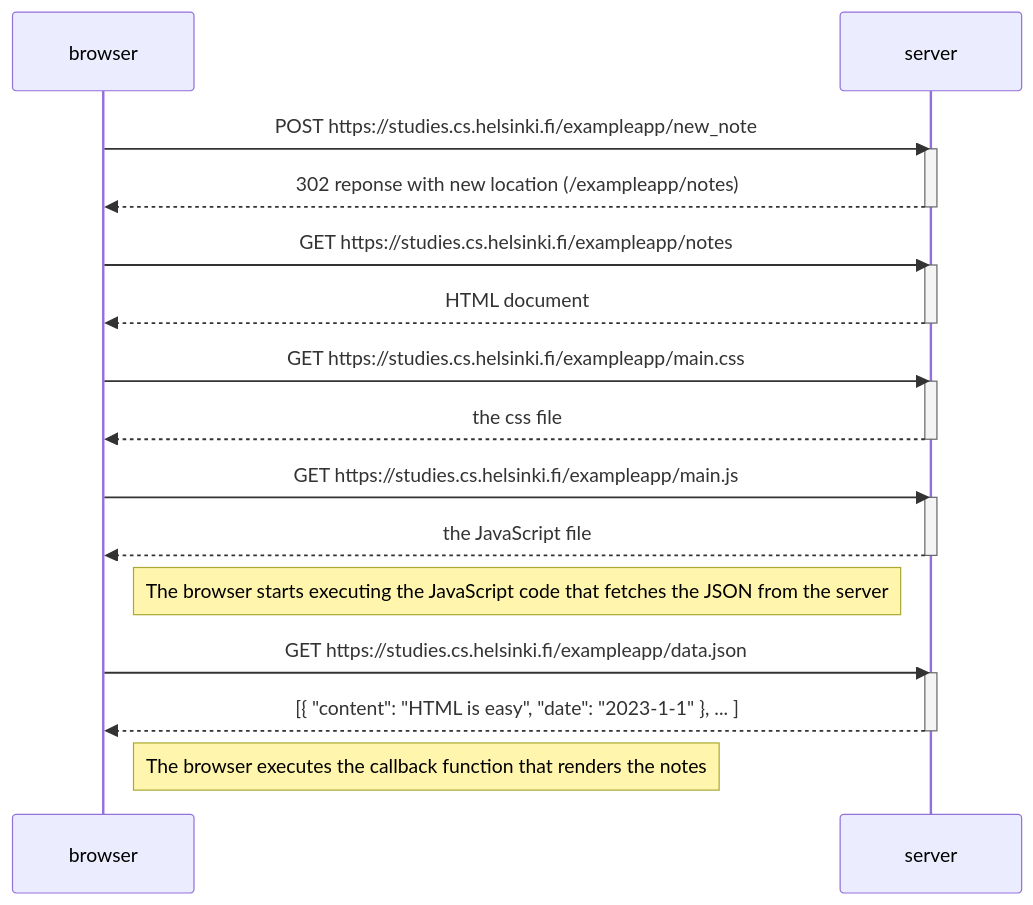
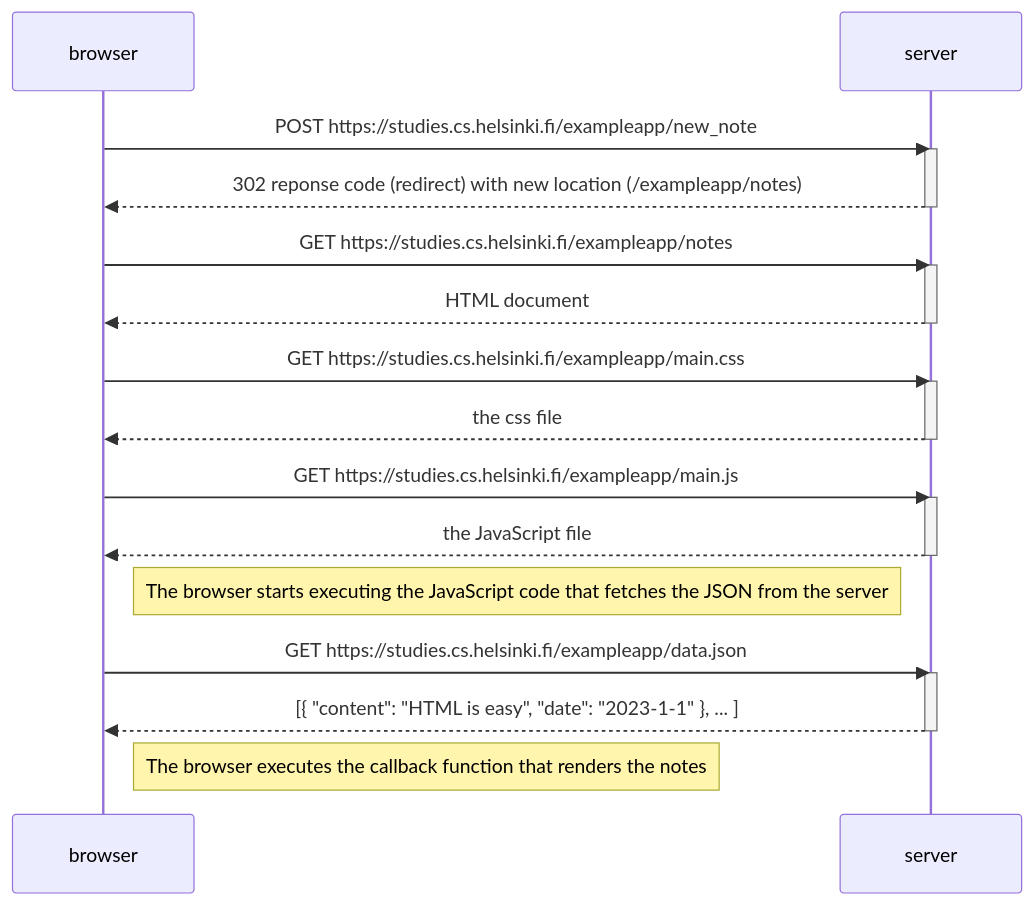
One commit to lassewolpmann/fullstackopen changed the diagram in part0/0.4-new-note-diagram/sequence.md. Above: the diagram before and after it, drawn with Mermaid. The commit also changed 1 other file, not shown here.

Commit message:
Added sequence diagrams for part0

````diff
--- a/part0/0.4-new-note-diagram/sequence.md
+++ b/part0/0.4-new-note-diagram/sequence.md
@@ -1,34 +1,34 @@
 ```mermaid
 sequenceDiagram
     participant browser
     participant server
 
     browser->>server: POST https://studies.cs.helsinki.fi/exampleapp/new_note
     activate server
-    server-->>browser: 302 reponse with new location (/exampleapp/notes)
+    server-->>browser: 302 reponse code (redirect) with new location (/exampleapp/notes)
     deactivate server
 
     browser->>server: GET https://studies.cs.helsinki.fi/exampleapp/notes
     activate server
     server-->>browser: HTML document
     deactivate server
 
     browser->>server: GET https://studies.cs.helsinki.fi/exampleapp/main.css
     activate server
     server-->>browser: the css file
     deactivate server
 
     browser->>server: GET https://studies.cs.helsinki.fi/exampleapp/main.js
     activate server
     server-->>browser: the JavaScript file
     deactivate server
 
     Note right of browser: The browser starts executing the JavaScript code that fetches the JSON from the server
 
     browser->>server: GET https://studies.cs.helsinki.fi/exampleapp/data.json
     activate server
     server-->>browser: [{ "content": "HTML is easy", "date": "2023-1-1" }, ... ]
     deactivate server
 
     Note right of browser: The browser executes the callback function that renders the notes
 ```
````
